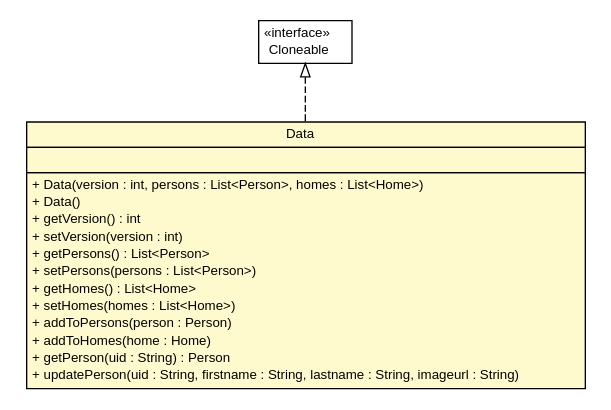
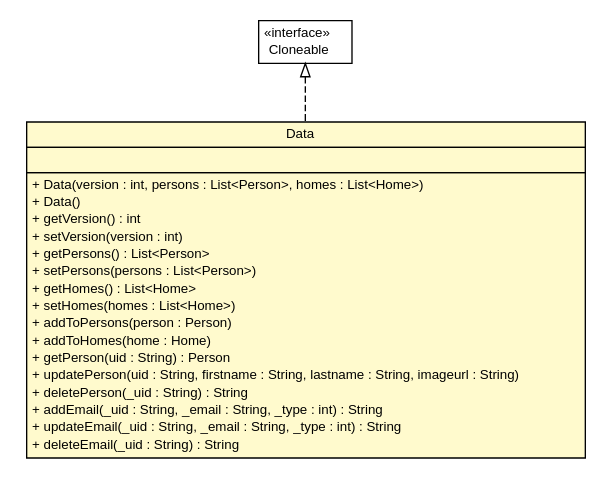
Before and after one commit to ericpinet/ConnectLife: the diagram in javadoc/clapi/com/clapi/data/Data.dot, drawn with Graphviz. The commit also changed 222 other files, not shown here.

```diff
--- a/javadoc/clapi/com/clapi/data/Data.dot
+++ b/javadoc/clapi/com/clapi/data/Data.dot
@@ -1,44 +1,48 @@
 #!/usr/local/bin/dot
 #
 # Class diagram 
 # Generated by UMLGraph version 5.1 (http://www.umlgraph.org/)
 #
 
 digraph G {
 	edge [fontname="Helvetica",fontsize=10,labelfontname="Helvetica",labelfontsize=10];
 	node [fontname="Helvetica",fontsize=10,shape=plaintext];
 	nodesep=0.25;
 	ranksep=0.5;
 	// com.clapi.data.Data
 	c526 [label=<<table title="com.clapi.data.Data" border="0" cellborder="1" cellspacing="0" cellpadding="2" port="p" bgcolor="lemonChiffon" href="./Data.html">
 		<tr><td><table border="0" cellspacing="0" cellpadding="1">
 <tr><td align="center" balign="center"> Data </td></tr>
 		</table></td></tr>
 		<tr><td><table border="0" cellspacing="0" cellpadding="1">
 <tr><td align="left" balign="left">  </td></tr>
 		</table></td></tr>
 		<tr><td><table border="0" cellspacing="0" cellpadding="1">
 <tr><td align="left" balign="left"> + Data(version : int, persons : List&lt;Person&gt;, homes : List&lt;Home&gt;) </td></tr>
 <tr><td align="left" balign="left"> + Data() </td></tr>
 <tr><td align="left" balign="left"> + getVersion() : int </td></tr>
 <tr><td align="left" balign="left"> + setVersion(version : int) </td></tr>
 <tr><td align="left" balign="left"> + getPersons() : List&lt;Person&gt; </td></tr>
 <tr><td align="left" balign="left"> + setPersons(persons : List&lt;Person&gt;) </td></tr>
 <tr><td align="left" balign="left"> + getHomes() : List&lt;Home&gt; </td></tr>
 <tr><td align="left" balign="left"> + setHomes(homes : List&lt;Home&gt;) </td></tr>
 <tr><td align="left" balign="left"> + addToPersons(person : Person) </td></tr>
 <tr><td align="left" balign="left"> + addToHomes(home : Home) </td></tr>
 <tr><td align="left" balign="left"> + getPerson(uid : String) : Person </td></tr>
 <tr><td align="left" balign="left"> + updatePerson(uid : String, firstname : String, lastname : String, imageurl : String) </td></tr>
+<tr><td align="left" balign="left"> + deletePerson(_uid : String) : String </td></tr>
+<tr><td align="left" balign="left"> + addEmail(_uid : String, _email : String, _type : int) : String </td></tr>
+<tr><td align="left" balign="left"> + updateEmail(_uid : String, _email : String, _type : int) : String </td></tr>
+<tr><td align="left" balign="left"> + deleteEmail(_uid : String) : String </td></tr>
 		</table></td></tr>
 		</table>>, fontname="Helvetica", fontcolor="black", fontsize=10.0];
 	//com.clapi.data.Data implements java.lang.Cloneable
 	c529:p -> c526:p [dir=back,arrowtail=empty,style=dashed];
 	// java.lang.Cloneable
 	c529 [label=<<table title="java.lang.Cloneable" border="0" cellborder="1" cellspacing="0" cellpadding="2" port="p" href="http://java.sun.com/j2se/1.4.2/docs/api/java/lang/Cloneable.html">
 		<tr><td><table border="0" cellspacing="0" cellpadding="1">
 <tr><td align="center" balign="center"> &#171;interface&#187; </td></tr>
 <tr><td align="center" balign="center"> Cloneable </td></tr>
 		</table></td></tr>
 		</table>>, fontname="Helvetica", fontcolor="black", fontsize=10.0];
 }
```
